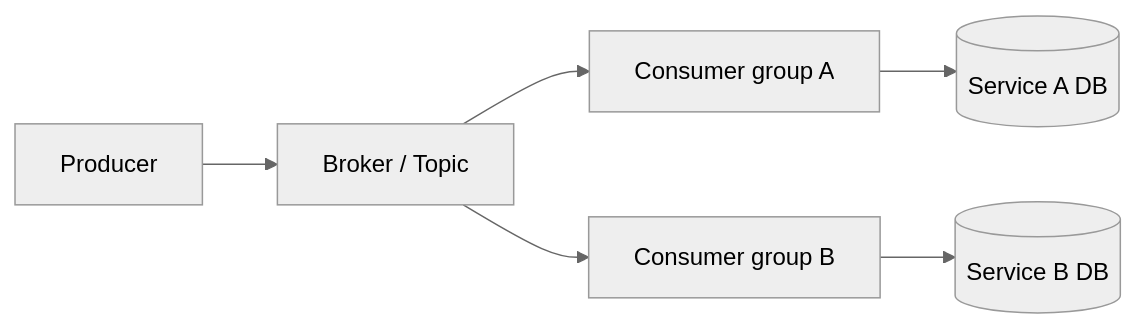
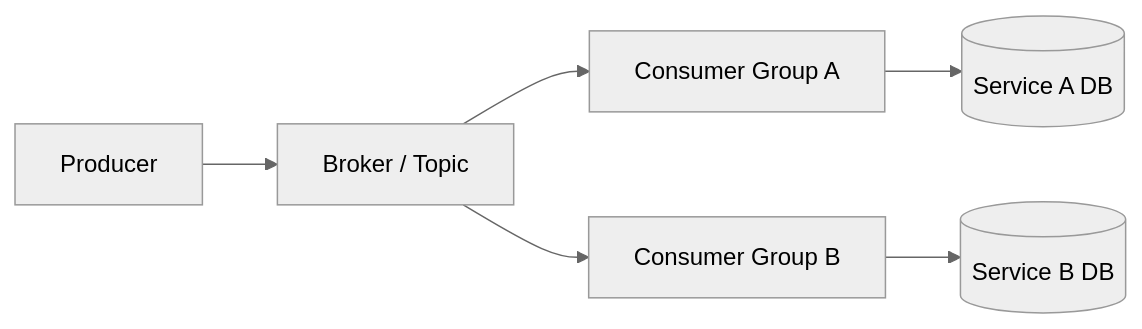
The first of 3 diagrams in docs/messaging/mq-basics.md (AmazingCaddy/readings-backend), drawn with Mermaid (neutral theme) before and after one commit. The commit also changed other lines of this file, not shown here.

````diff
--- a/docs/messaging/mq-basics.md
+++ b/docs/messaging/mq-basics.md
@@ -9,8 +12,8 @@
 ```mermaid
 flowchart LR
     P[Producer] --> B[Broker / Topic]
-    B --> C1[Consumer group A]
-    B --> C2[Consumer group B]
+    B --> C1[Consumer Group A]
+    B --> C2[Consumer Group B]
     C1 --> DB1[(Service A DB)]
     C2 --> DB2[(Service B DB)]
 ```
````
